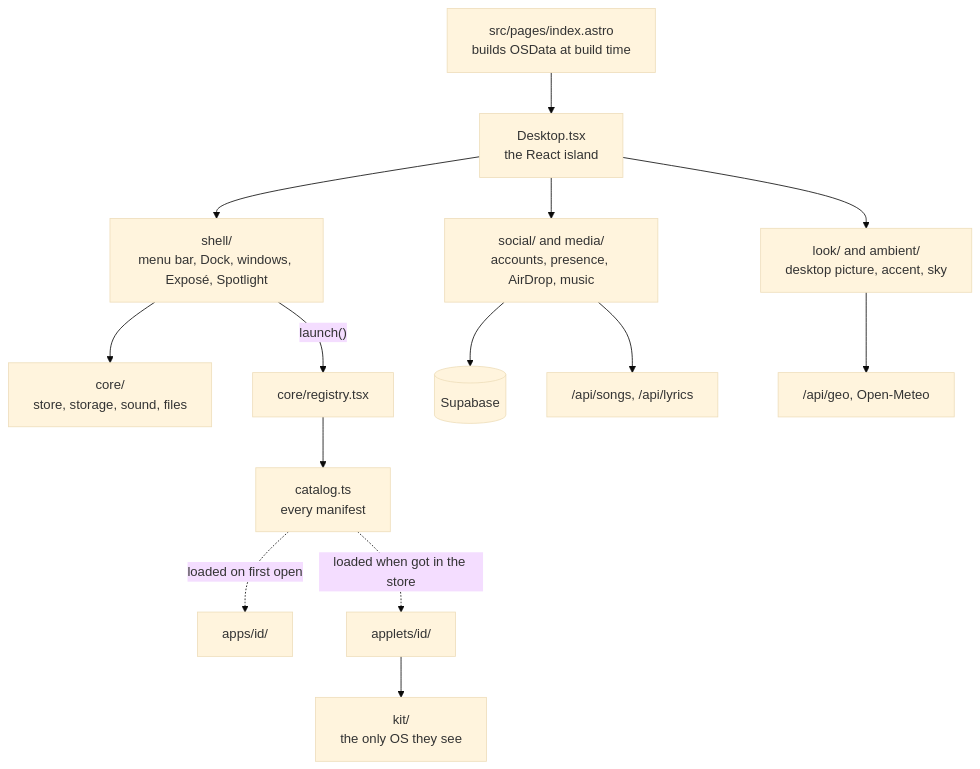
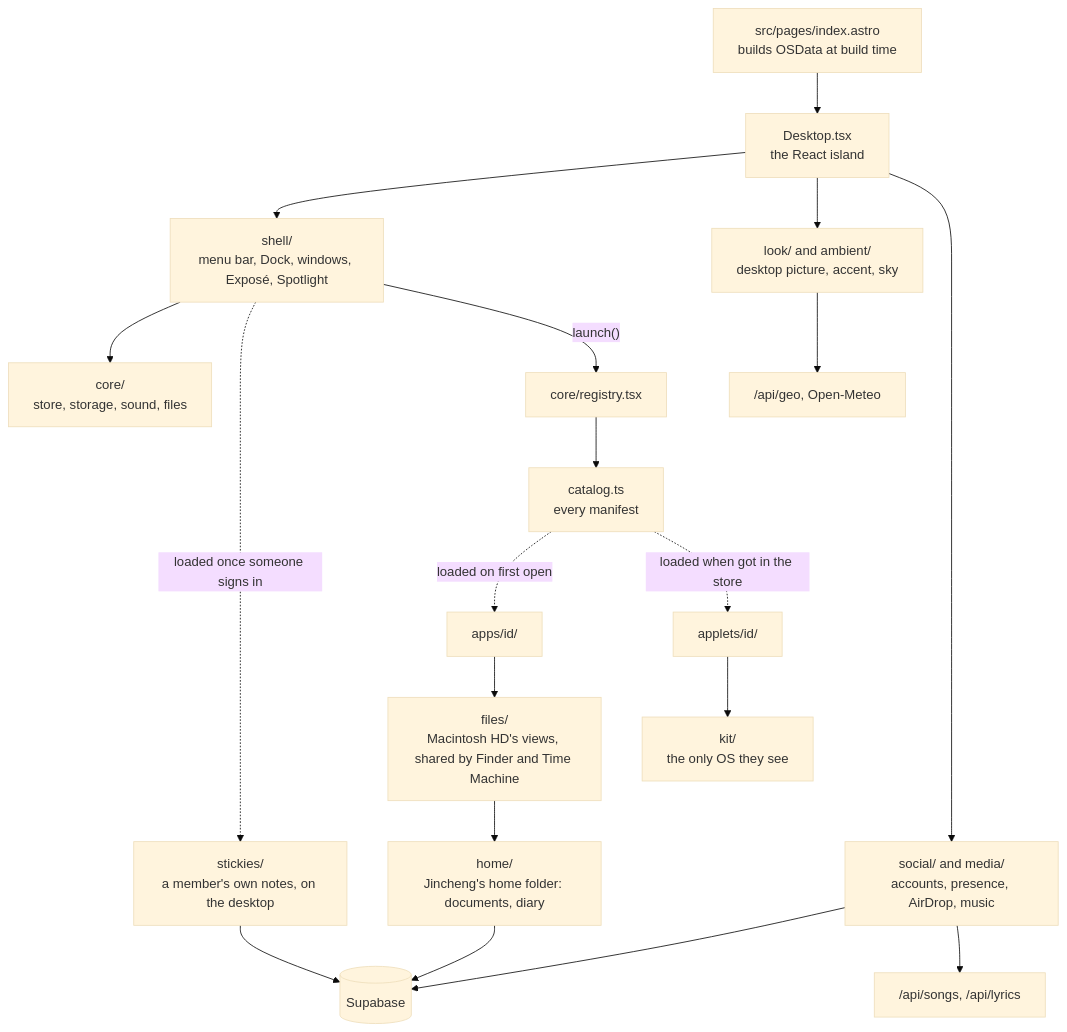
Before and after one commit to jma49/jcos: the diagram in docs/agents/desktop.md, drawn with Mermaid (base theme). The commit also changed other lines of this file and 5 other files, not shown here.

````diff
--- a/docs/agents/desktop.md
+++ b/docs/agents/desktop.md
@@ -14,16 +14,21 @@
 ```mermaid
 flowchart TD
   page["src/pages/index.astro<br/>builds OSData at build time"] --> desktop["Desktop.tsx<br/>the React island"]
   desktop --> shell["shell/<br/>menu bar, Dock, windows, Exposé, Spotlight"]
   desktop --> look["look/ and ambient/<br/>desktop picture, accent, sky"]
   desktop --> social["social/ and media/<br/>accounts, presence, AirDrop, music"]
   shell --> core["core/<br/>store, storage, sound, files"]
+  shell -. "loaded once someone signs in" .-> stickies["stickies/<br/>a member's own notes, on the desktop"]
   shell -- "launch()" --> registry["core/registry.tsx"]
   registry --> catalog["catalog.ts<br/>every manifest"]
   catalog -. "loaded on first open" .-> apps["apps/id/"]
   catalog -. "loaded when got in the store" .-> applets["applets/id/"]
+  apps --> files["files/<br/>Macintosh HD's views, shared by Finder and Time Machine"]
+  files --> home["home/<br/>Jincheng's home folder: documents, diary"]
   applets --> kit["kit/<br/>the only OS they see"]
   social --> supabase[("Supabase")]
+  stickies --> supabase
+  home --> supabase
   social --> api["/api/songs, /api/lyrics"]
   look --> geo["/api/geo, Open-Meteo"]
 ```
````
